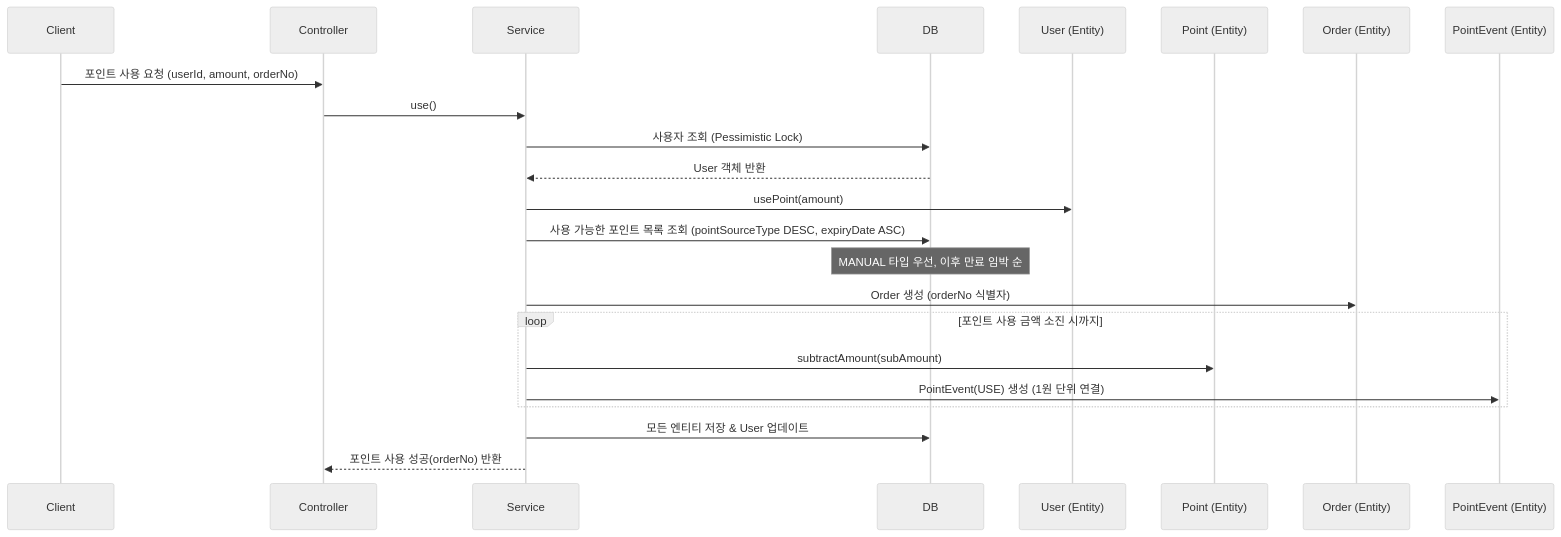
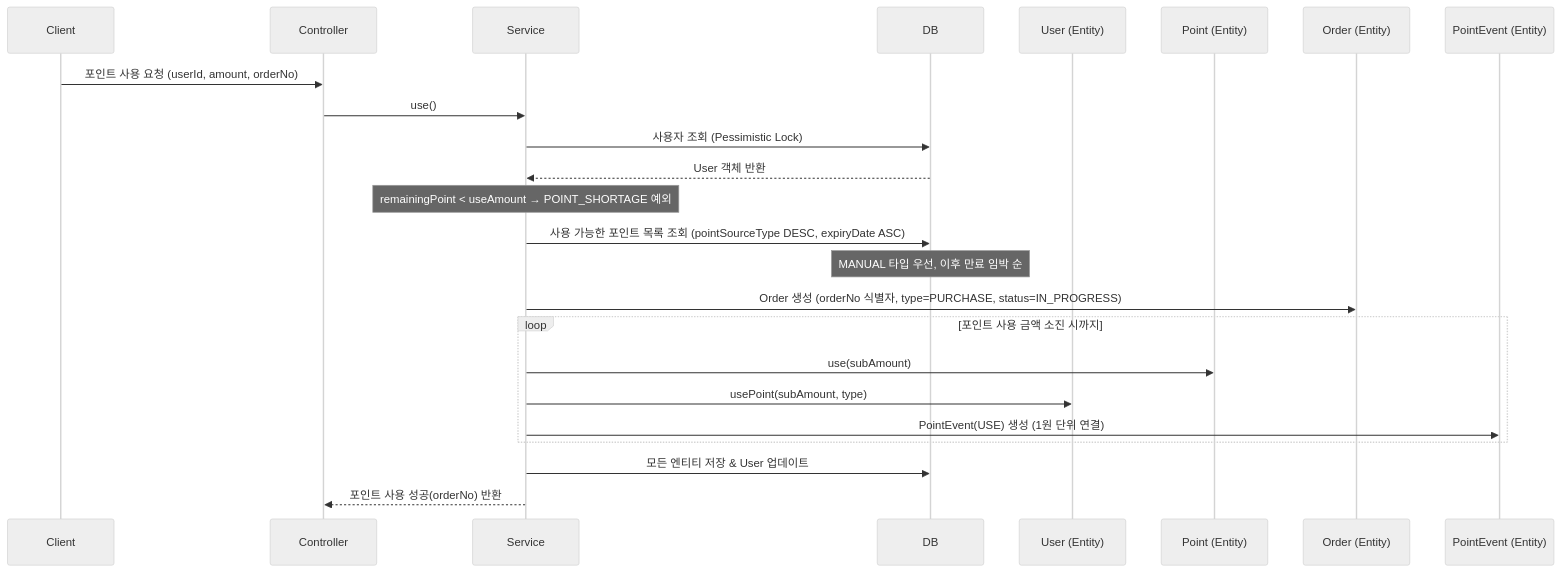
Before and after one commit to muzzaiwork/point: the fourth of 5 diagrams in README.md, drawn with Mermaid (neutral theme). The commit also changed other lines of this file and 2 other files, not shown here.

````diff
--- a/README.md
+++ b/README.md
@@ -349,26 +349,27 @@
 ```mermaid
 sequenceDiagram
     participant Client
     participant Controller
     participant Service
     participant DB
     participant UserEntity as User (Entity)
     participant PointEntity as Point (Entity)
     participant OrderEntity as Order (Entity)
     participant EventEntity as PointEvent (Entity)
 
     Client->>Controller: 포인트 사용 요청 (userId, amount, orderNo)
     Controller->>Service: use()
     Service->>DB: 사용자 조회 (Pessimistic Lock)
     DB-->>Service: User 객체 반환
-    Service->>UserEntity: usePoint(amount)
+    Note over Service: remainingPoint < useAmount → POINT_SHORTAGE 예외
     Service->>DB: 사용 가능한 포인트 목록 조회 (pointSourceType DESC, expiryDate ASC)
     Note over DB: MANUAL 타입 우선, 이후 만료 임박 순
-    Service->>OrderEntity: Order 생성 (orderNo 식별자)
+    Service->>OrderEntity: Order 생성 (orderNo 식별자, type=PURCHASE, status=IN_PROGRESS)
     loop 포인트 사용 금액 소진 시까지
-        Service->>PointEntity: subtractAmount(subAmount)
+        Service->>PointEntity: use(subAmount)
+        Service->>UserEntity: usePoint(subAmount, type)
         Service->>EventEntity: PointEvent(USE) 생성 (1원 단위 연결)
     end
     Service->>DB: 모든 엔티티 저장 & User 업데이트
     Service-->>Controller: 포인트 사용 성공(orderNo) 반환
 ```
````
